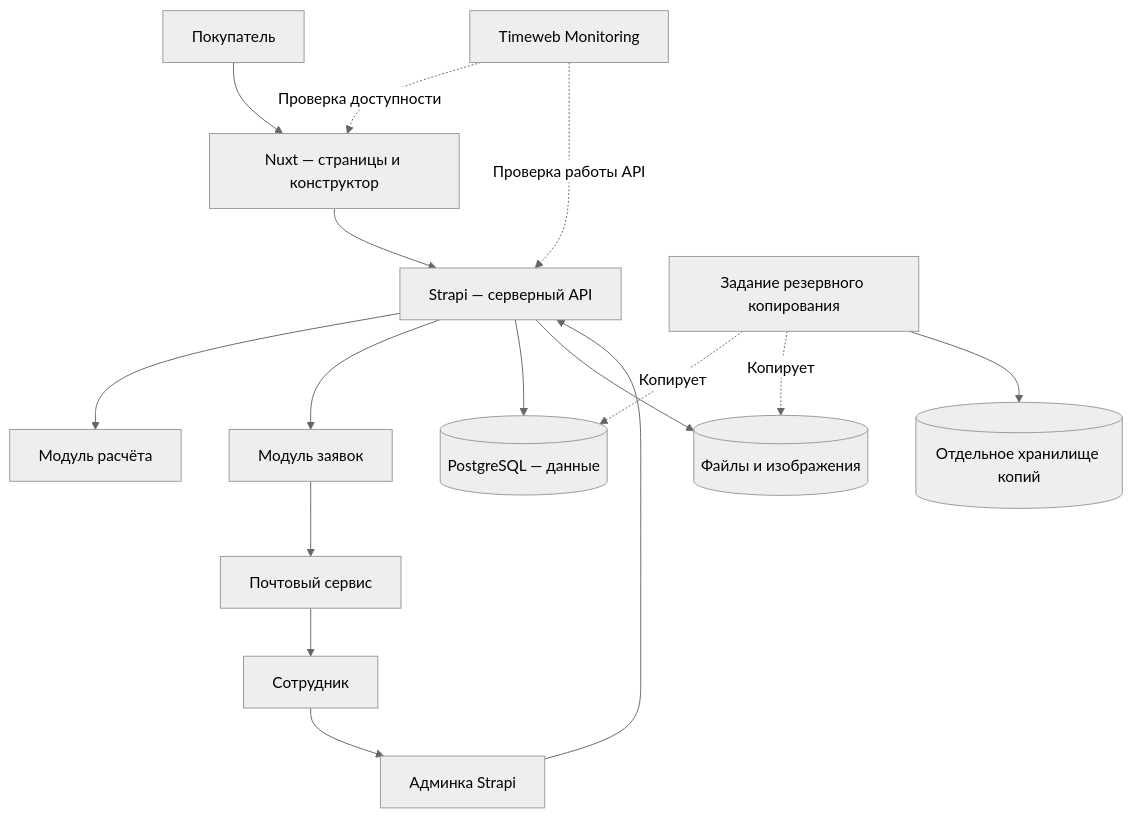
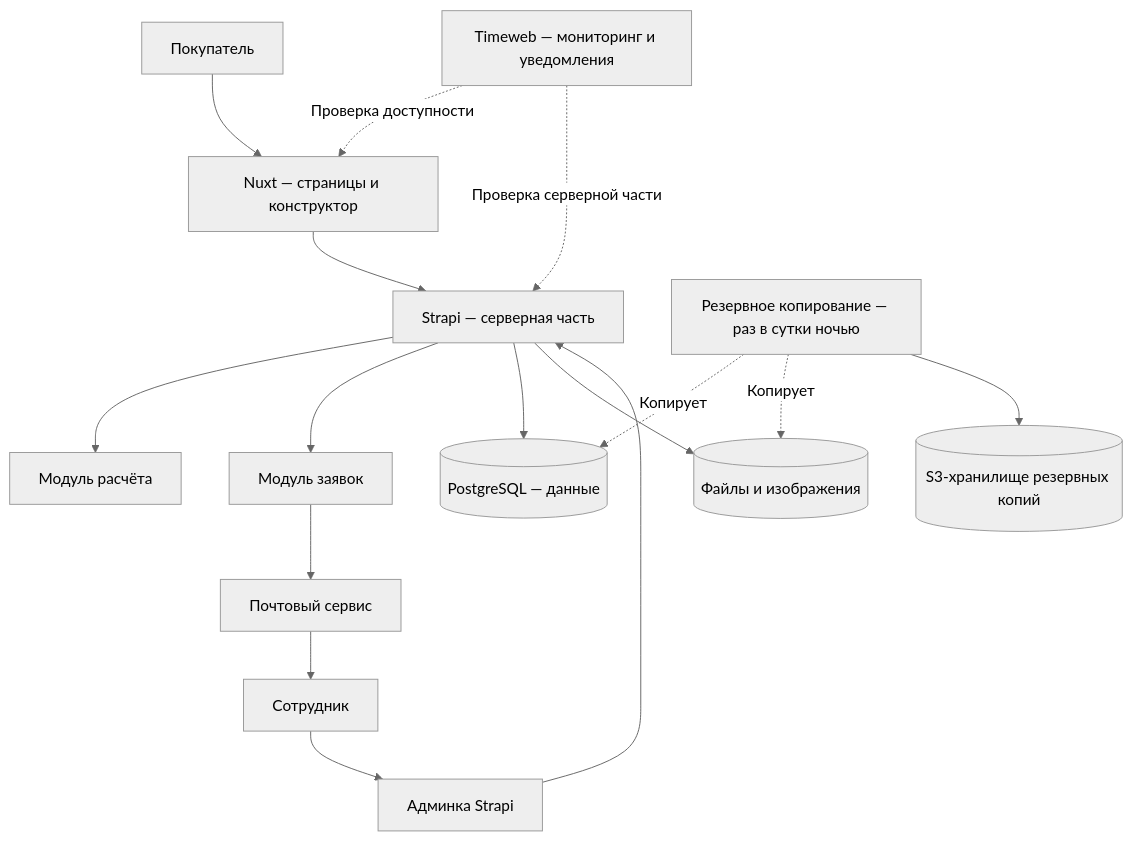
One commit to ValentinAlekhin/krazburg-spec changed the diagram in docs/spec/architecture.md. Above: the diagram before and after it, drawn with Mermaid (neutral theme). The commit also changed other lines of this file and 12 other files, not shown here.

````diff
--- a/docs/spec/architecture.md
+++ b/docs/spec/architecture.md
@@ -9,18 +7,18 @@
 ```mermaid
 flowchart TB
   Buyer[Покупатель] --> Nuxt[Nuxt — страницы и конструктор]
   Staff[Сотрудник] --> Admin[Админка Strapi]
-  Nuxt --> API[Strapi — серверный API]
+  Nuxt --> API[Strapi — серверная часть]
   Admin --> API
   API --> Calc[Модуль расчёта]
   API --> Leads[Модуль заявок]
   API --> DB[(PostgreSQL — данные)]
   API --> Files[(Файлы и изображения)]
   Leads --> Email[Почтовый сервис]
   Email --> Staff
-  Monitor[Timeweb Monitoring] -. Проверка доступности .-> Nuxt
-  Monitor -. Проверка работы API .-> API
-  Backup[Задание резервного копирования] -. Копирует .-> DB
+  Monitor[Timeweb — мониторинг и уведомления] -. Проверка доступности .-> Nuxt
+  Monitor -. Проверка серверной части .-> API
+  Backup[Резервное копирование — раз в сутки ночью] -. Копирует .-> DB
   Backup -. Копирует .-> Files
-  Backup --> Storage[(Отдельное хранилище копий)]
+  Backup --> Storage[(S3-хранилище резервных копий)]
 ```
````
